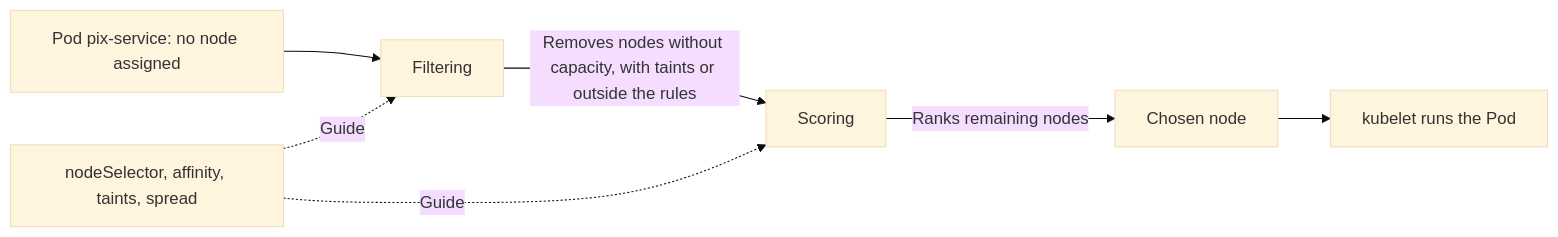
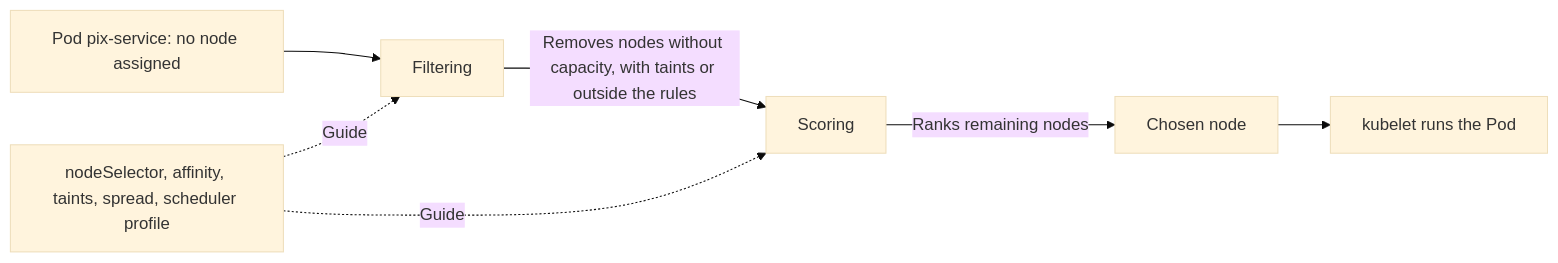
One commit to alancesar/design-patterns changed the diagram in i18n/en/docusaurus-plugin-content-docs/current/architecture/kubernetes-patterns/foundational/automated-placement.md. Above: the diagram before and after it, drawn with Mermaid (base theme). The commit also changed other lines of this file and 47 other files, not shown here.

````diff
--- a/i18n/en/docusaurus-plugin-content-docs/current/architecture/kubernetes-patterns/foundational/automated-placement.md
+++ b/i18n/en/docusaurus-plugin-content-docs/current/architecture/kubernetes-patterns/foundational/automated-placement.md
@@ -61,9 +68,9 @@
 ```mermaid
 flowchart LR
     P["Pod pix-service: no node assigned"] --> F["Filtering"]
     F -->|"Removes nodes without capacity, with taints or outside the rules"| SC["Scoring"]
     SC -->|"Ranks remaining nodes"| B["Chosen node"]
     B --> K["kubelet runs the Pod"]
-    AF["nodeSelector, affinity, taints, spread"] -.->|"Guide"| F
+    AF["nodeSelector, affinity, taints, spread, scheduler profile"] -.->|"Guide"| F
     AF -.->|"Guide"| SC
 ```
````
